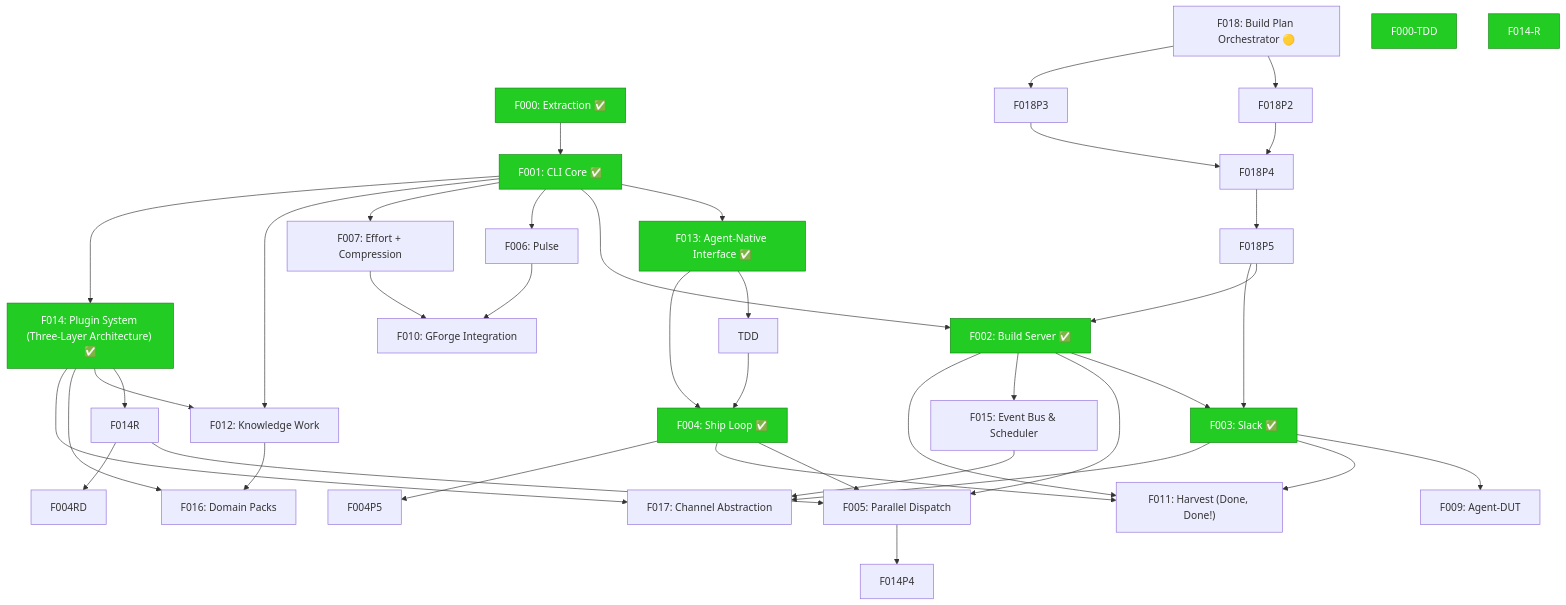
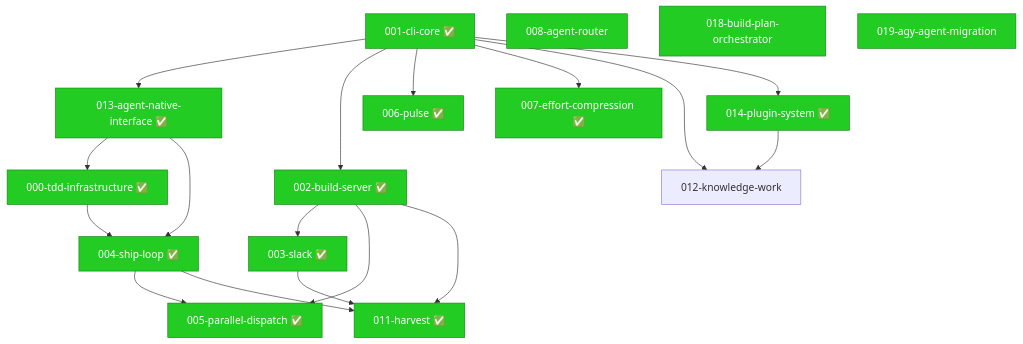
Before and after one commit to gforge-esc/gwrk: the first of 2 diagrams in specs/000-build-plan.md, drawn with Mermaid. The commit also changed other lines of this file and 339 other files, not shown here.

````diff
--- a/specs/000-build-plan.md
+++ b/specs/000-build-plan.md
@@ -21,50 +21,33 @@
 ```mermaid
 graph TD
-    F000["F000: Extraction ✅"] --> F001["F001: CLI Core ✅"]
-    F001["F001: CLI Core ✅"] --> F013["F013: Agent-Native Interface ✅"]
-    F001["F001: CLI Core ✅"] --> F002["F002: Build Server ✅"]
-    F001["F001: CLI Core ✅"] --> F006["F006: Pulse"]
-    F001["F001: CLI Core ✅"] --> F007["F007: Effort + Compression"]
-    F001["F001: CLI Core ✅"] --> F012["F012: Knowledge Work"]
-    F001["F001: CLI Core ✅"] --> F014["F014: Plugin System (Three-Layer Architecture) ✅"]
-    F002["F002: Build Server ✅"] --> F003["F003: Slack ✅"]
-    F002["F002: Build Server ✅"] --> F005["F005: Parallel Dispatch"]
-    F002["F002: Build Server ✅"] --> F015["F015: Event Bus & Scheduler"]
-    F013["F013: Agent-Native Interface ✅"] --> TDD
-    F013["F013: Agent-Native Interface ✅"] --> F004["F004: Ship Loop ✅"]
-    TDD --> F004["F004: Ship Loop ✅"]
-    F004["F004: Ship Loop ✅"] --> F005["F005: Parallel Dispatch"]
-    F004["F004: Ship Loop ✅"] --> F011["F011: Harvest (Done, Done!)"]
-    F004["F004: Ship Loop ✅"] --> F004P5
-    F014["F014: Plugin System (Three-Layer Architecture) ✅"] --> F014R
-    F014R --> F005["F005: Parallel Dispatch"]
-    F014R --> F004RD
-    F014["F014: Plugin System (Three-Layer Architecture) ✅"] --> F012["F012: Knowledge Work"]
-    F014["F014: Plugin System (Three-Layer Architecture) ✅"] --> F016["F016: Domain Packs"]
-    F014["F014: Plugin System (Three-Layer Architecture) ✅"] --> F017["F017: Channel Abstraction"]
-    F003["F003: Slack ✅"] --> F009["F009: Agent-DUT"]
-    F003["F003: Slack ✅"] --> F011["F011: Harvest (Done, Done!)"]
-    F002["F002: Build Server ✅"] --> F011["F011: Harvest (Done, Done!)"]
-    F006["F006: Pulse"] --> F010["F010: GForge Integration"]
-    F007["F007: Effort + Compression"] --> F010["F010: GForge Integration"]
-    F015["F015: Event Bus & Scheduler"] --> F017["F017: Channel Abstraction"]
-    F003["F003: Slack ✅"] --> F017["F017: Channel Abstraction"]
-    F012["F012: Knowledge Work"] --> F016["F016: Domain Packs"]
-    F005["F005: Parallel Dispatch"] --> F014P4
-    F018["F018: Build Plan Orchestrator 🟡"] --> F018P2
-    F018["F018: Build Plan Orchestrator 🟡"] --> F018P3
-    F018P2 --> F018P4
-    F018P3 --> F018P4
-    F018P4 --> F018P5
-    F018P5 --> F002["F002: Build Server ✅"]
-    F018P5 --> F003["F003: Slack ✅"]
-    style F000 fill:#22cc22,stroke:#118811,color:#fff
-    style F000-TDD fill:#22cc22,stroke:#118811,color:#fff
-    style F001 fill:#22cc22,stroke:#118811,color:#fff
-    style F002 fill:#22cc22,stroke:#118811,color:#fff
-    style F003 fill:#22cc22,stroke:#118811,color:#fff
-    style F004 fill:#22cc22,stroke:#118811,color:#fff
-    style F013 fill:#22cc22,stroke:#118811,color:#fff
-    style F014 fill:#22cc22,stroke:#118811,color:#fff
-    style F014-R fill:#22cc22,stroke:#118811,color:#fff
+    001-cli-core["001-cli-core ✅"] --> 013-agent-native-interface["013-agent-native-interface ✅"]
+    001-cli-core["001-cli-core ✅"] --> 002-build-server["002-build-server ✅"]
+    001-cli-core["001-cli-core ✅"] --> 006-pulse["006-pulse ✅"]
+    001-cli-core["001-cli-core ✅"] --> 007-effort-compression["007-effort-compression ✅"]
+    001-cli-core["001-cli-core ✅"] --> 012-knowledge-work["012-knowledge-work"]
+    001-cli-core["001-cli-core ✅"] --> 014-plugin-system["014-plugin-system ✅"]
+    002-build-server["002-build-server ✅"] --> 003-slack["003-slack ✅"]
+    002-build-server["002-build-server ✅"] --> 005-parallel-dispatch["005-parallel-dispatch ✅"]
+    013-agent-native-interface["013-agent-native-interface ✅"] --> 000-tdd-infrastructure["000-tdd-infrastructure ✅"]
+    013-agent-native-interface["013-agent-native-interface ✅"] --> 004-ship-loop["004-ship-loop ✅"]
+    000-tdd-infrastructure["000-tdd-infrastructure ✅"] --> 004-ship-loop["004-ship-loop ✅"]
+    004-ship-loop["004-ship-loop ✅"] --> 005-parallel-dispatch["005-parallel-dispatch ✅"]
+    004-ship-loop["004-ship-loop ✅"] --> 011-harvest["011-harvest ✅"]
+    014-plugin-system["014-plugin-system ✅"] --> 012-knowledge-work["012-knowledge-work"]
+    003-slack["003-slack ✅"] --> 011-harvest["011-harvest ✅"]
+    002-build-server["002-build-server ✅"] --> 011-harvest["011-harvest ✅"]
+    style 000-tdd-infrastructure fill:#22cc22,stroke:#118811,color:#fff
+    style 001-cli-core fill:#22cc22,stroke:#118811,color:#fff
+    style 002-build-server fill:#22cc22,stroke:#118811,color:#fff
+    style 003-slack fill:#22cc22,stroke:#118811,color:#fff
+    style 004-ship-loop fill:#22cc22,stroke:#118811,color:#fff
+    style 005-parallel-dispatch fill:#22cc22,stroke:#118811,color:#fff
+    style 006-pulse fill:#22cc22,stroke:#118811,color:#fff
+    style 007-effort-compression fill:#22cc22,stroke:#118811,color:#fff
+    style 008-agent-router fill:#22cc22,stroke:#118811,color:#fff
+    style 011-harvest fill:#22cc22,stroke:#118811,color:#fff
+    style 013-agent-native-interface fill:#22cc22,stroke:#118811,color:#fff
+    style 014-plugin-system fill:#22cc22,stroke:#118811,color:#fff
+    style 018-build-plan-orchestrator fill:#22cc22,stroke:#118811,color:#fff
+    style 019-agy-agent-migration fill:#22cc22,stroke:#118811,color:#fff
 ```
````
